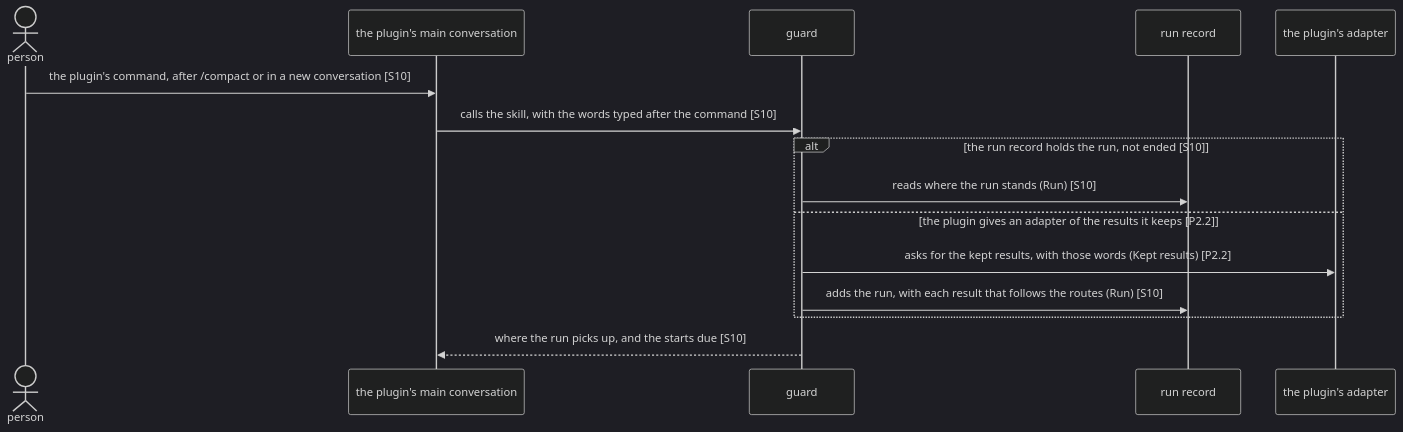
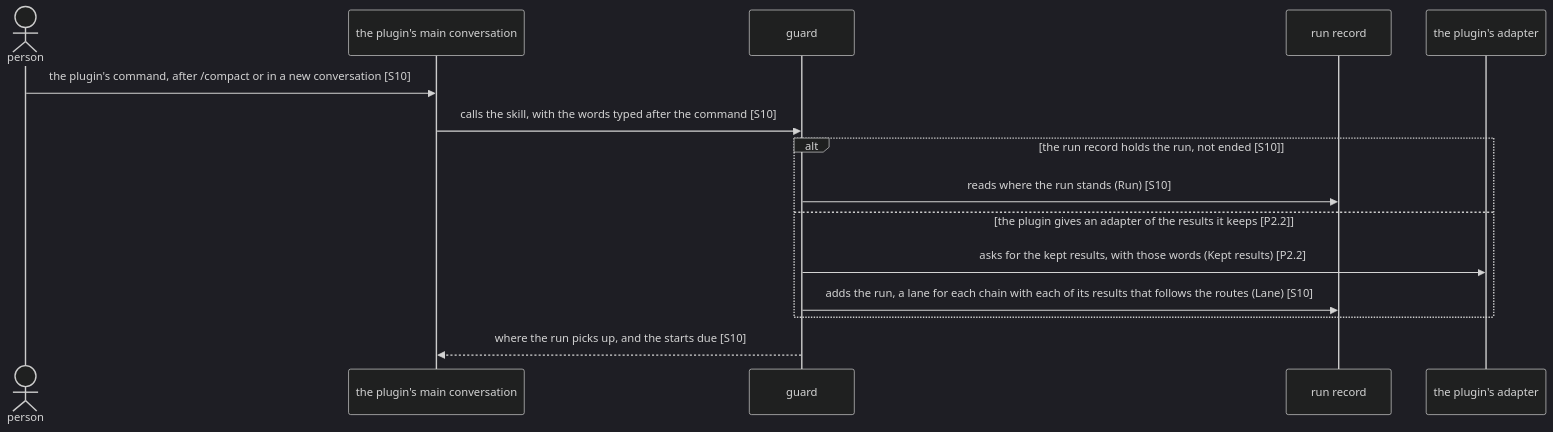
The second of 2 diagrams in dev/lane/architecture.md (lovaizu/ccpm), drawn with Mermaid (dark theme) before and after one commit. The commit also changed other lines of this file, not shown here.

````diff
--- a/dev/lane/architecture.md
+++ b/dev/lane/architecture.md
@@ -151,17 +156,17 @@
 ```mermaid
 sequenceDiagram
   actor U as person
   participant M as the plugin's main conversation
   participant G as guard
   participant RR as run record
   participant A as the plugin's adapter
   U->>M: the plugin's command, after /compact or in a new conversation [S10]
   M->>G: calls the skill, with the words typed after the command [S10]
   alt the run record holds the run, not ended [S10]
     G->>RR: reads where the run stands (Run) [S10]
   else the plugin gives an adapter of the results it keeps [P2.2]
     G->>A: asks for the kept results, with those words (Kept results) [P2.2]
-    G->>RR: adds the run, with each result that follows the routes (Run) [S10]
+    G->>RR: adds the run, a lane for each chain with each of its results that follows the routes (Lane) [S10]
   end
   G-->>M: where the run picks up, and the starts due [S10]
 ```
````
